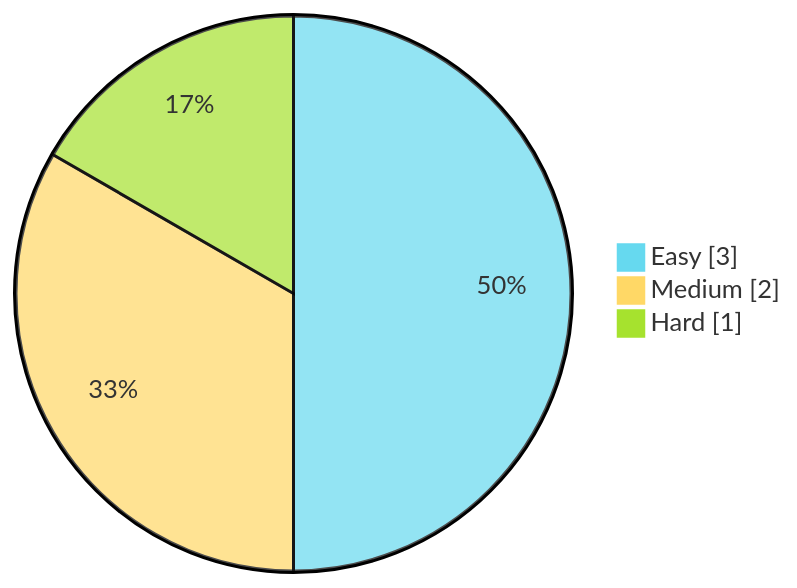
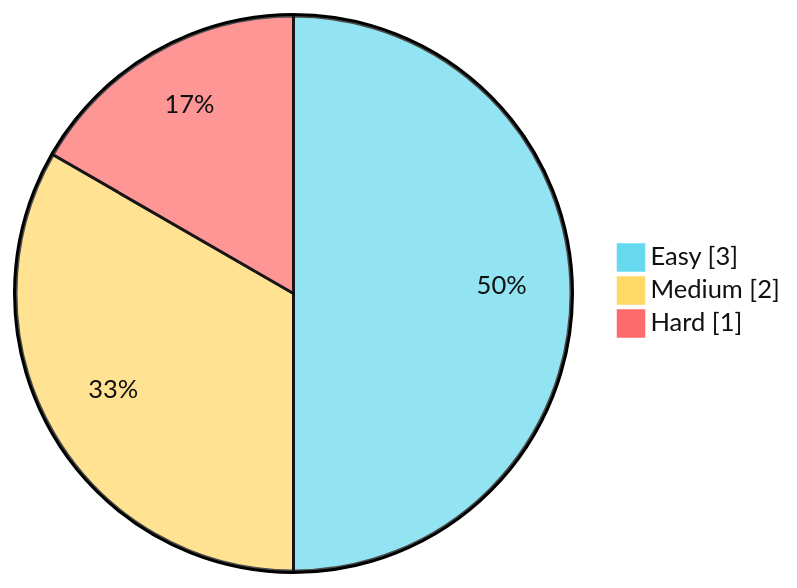
Before and after one commit to hinata-koizumi/leetcode-journey: the diagram in README.md, drawn with Mermaid. The commit also changed 1 other file, not shown here.

Commit message:
Update Mermaid pie colors for difficulty mapping.

````diff
--- a/README.md
+++ b/README.md
@@ -18,7 +18,7 @@
 ```mermaid
-%%{init: {"theme":"base","themeVariables":{"pie1":"#66d9ef","pie2":"#ffd866","pie3":"#a6e22e"}}}%%
+%%{init: {"theme":"base","themeVariables":{"pie1":"#66d9ef","pie2":"#ffd866","pie3":"#ff6b6b","pieSectionTextColor":"#111111","pieLegendTextColor":"#111111"}}}%%
 pie showData
     "Easy" : 3
     "Medium" : 2
     "Hard" : 1
 ```
````
